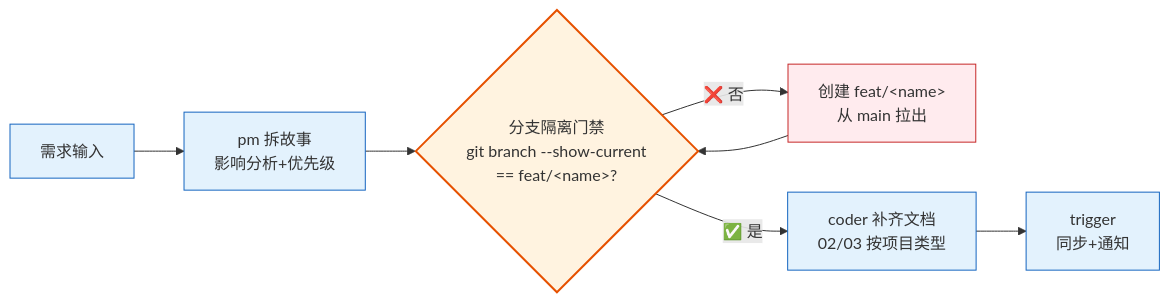
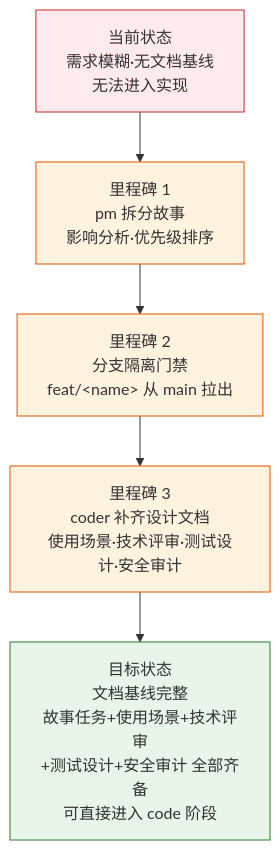
One commit to effiy/YrY changed the fifth of 11 diagrams in skills/rui/SKILL.md. Above: the diagram before and after it, drawn with Mermaid. The commit also changed other lines of this file and 90 other files, not shown here.

````diff
--- a/skills/rui/SKILL.md
+++ b/skills/rui/SKILL.md
@@ -205,12 +208,12 @@
 ```mermaid
-flowchart LR
-    A[需求输入]:::s --> B[pm 拆故事<br/>影响分析+优先级]:::s
-    B --> BR{"分支隔离门禁<br/>git branch --show-current<br/>== feat/&lt;name&gt;?"}:::gate
-    BR -->|"❌ 否"| BLOCK["创建 feat/&lt;name&gt;<br/>从 main 拉出"]:::block
-    BLOCK --> BR
-    BR -->|"✅ 是"| C[coder 补齐文档<br/>02/03 按项目类型]:::s
-    C --> D[trigger<br/>同步+通知]:::s
-    classDef s fill:#e3f2fd,stroke:#1565c0;
-    classDef gate fill:#fff3e0,stroke:#e65100,stroke-width:2px;
-    classDef block fill:#ffebee,stroke:#c62828;
+flowchart TD
+    NOW["当前状态<br/>需求模糊·无文档基线<br/>无法进入实现"]:::pain
+    NOW --> M1["里程碑 1<br/>pm 拆分故事<br/>影响分析·优先级排序"]:::milestone
+    M1 --> M2["里程碑 2<br/>分支隔离门禁<br/>feat/&lt;name&gt; 从 main 拉出"]:::milestone
+    M2 --> M3["里程碑 3<br/>coder 补齐设计文档<br/>使用场景·技术评审·测试设计·安全审计"]:::milestone
+    M3 --> GOAL["目标状态<br/>文档基线完整<br/>故事任务+使用场景+技术评审<br/>+测试设计+安全审计 全部齐备<br/>可直接进入 code 阶段"]:::goal
+
+    classDef pain fill:#ffebee,stroke:#c62828;
+    classDef milestone fill:#fff3e0,stroke:#e65100;
+    classDef goal fill:#e8f5e9,stroke:#2e7d32;
 ```
````
